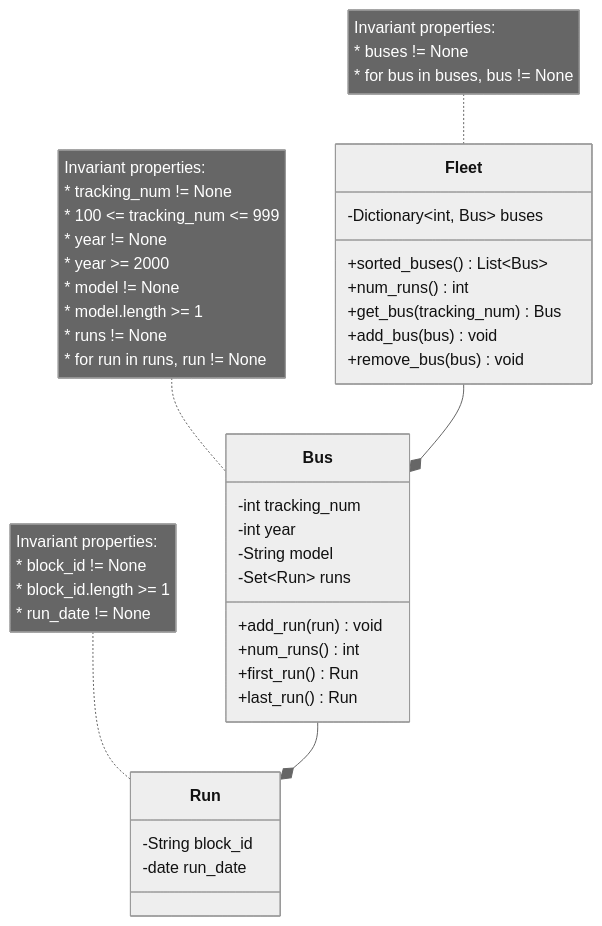
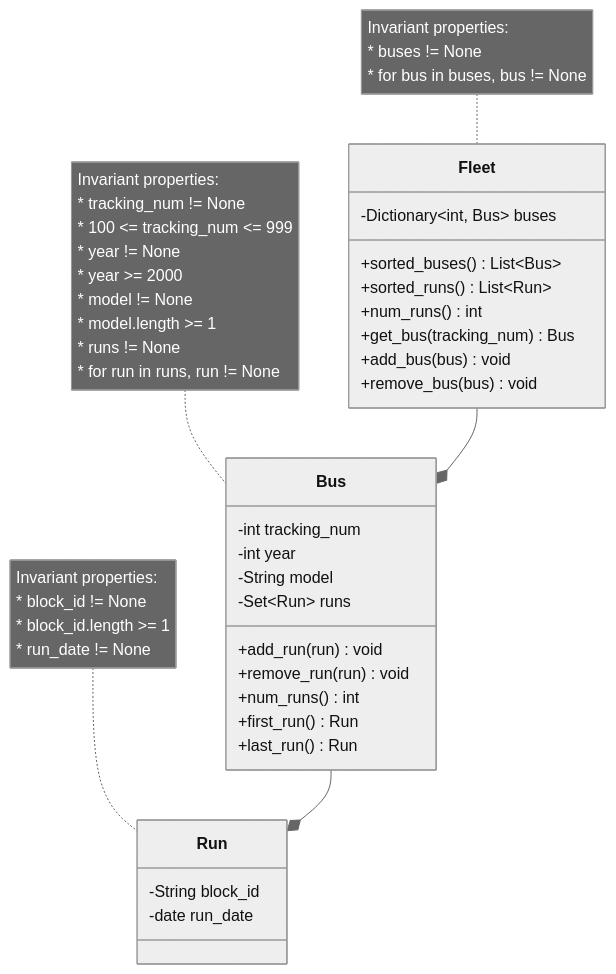
The diagram in domain.md (Michel-Prejet/zeb-tracker), drawn with Mermaid (neutral theme) before and after one commit. The commit also changed 16 other files, not shown here.

````diff
--- a/domain.md
+++ b/domain.md
@@ -5,55 +5,57 @@
 ```mermaid
 classDiagram
     class Fleet {
         -Dictionary~int, Bus~ buses
         
         +sorted_buses() List~Bus~
+        +sorted_runs() List~Run~
         +num_runs() int
         +get_bus(tracking_num) Bus
         +add_bus(bus) void
         +remove_bus(bus) void
     }
     
     note for Fleet"Invariant properties:
     * buses != None
     * for bus in buses, bus != None
     "
     
     Fleet --* Bus
     
     class Bus {
         -int tracking_num
         -int year
         -String model
         -Set~Run~ runs
         
         +add_run(run) void
+        +remove_run(run) void
         +num_runs() int
         +first_run() Run
         +last_run() Run
     }
 
     note for Bus "Invariant properties:
     * tracking_num != None
     * 100 <= tracking_num <= 999
     * year != None
     * year >= 2000
     * model != None
     * model.length >= 1
     * runs != None
     * for run in runs, run != None
     "
     
     Bus --* Run
     
     class Run {
         -String block_id
         -date run_date
     }
     
     note for Run"Invariant properties:
     * block_id != None
     * block_id.length >= 1
     * run_date != None
     "
 ```
````
